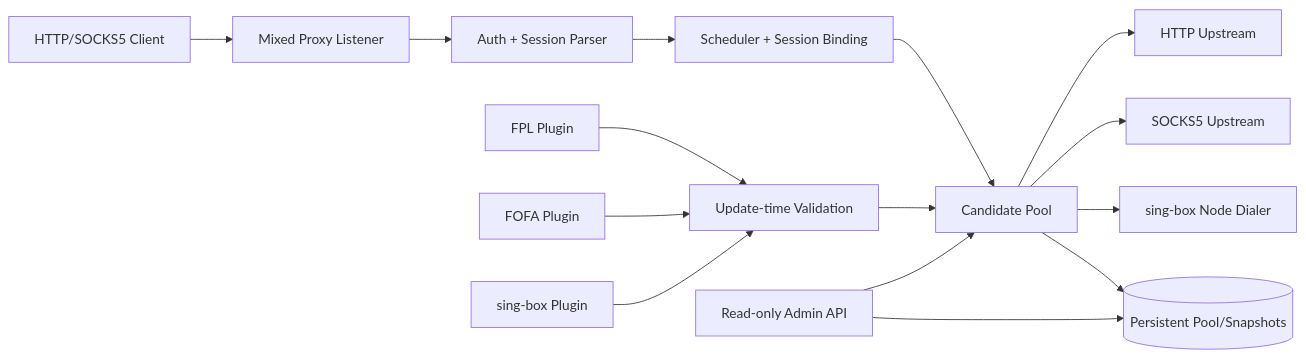
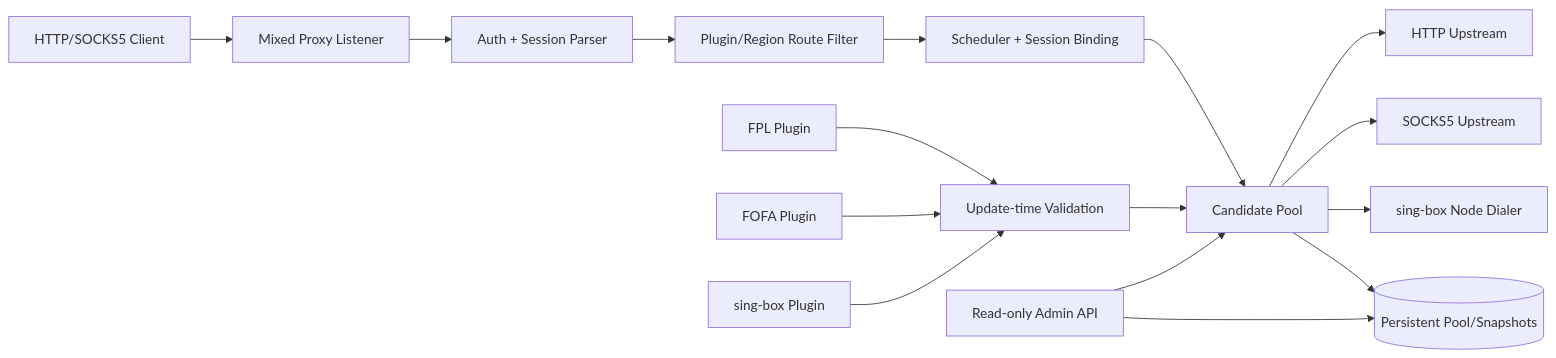
Before and after one commit to fengyuanluo/aioproxy: the first of 7 diagrams in docs/topology.md, drawn with Mermaid. The commit also changed other lines of this file and 3 other files, not shown here.

````diff
--- a/docs/topology.md
+++ b/docs/topology.md
@@ -5,17 +5,18 @@
 ```mermaid
 flowchart LR
   Client[HTTP/SOCKS5 Client] --> Mixed[Mixed Proxy Listener]
   Mixed --> Auth[Auth + Session Parser]
-  Auth --> Scheduler[Scheduler + Session Binding]
+  Auth --> Route[Plugin/Region Route Filter]
+  Route --> Scheduler[Scheduler + Session Binding]
   Scheduler --> Pool[Candidate Pool]
   Pool --> HTTP[HTTP Upstream]
   Pool --> SOCKS[SOCKS5 Upstream]
   Pool --> SB[sing-box Node Dialer]
   FPL[FPL Plugin] --> Validate[Update-time Validation]
   FOFA[FOFA Plugin] --> Validate
   SING[sing-box Plugin] --> Validate
   Validate --> Pool
   Pool --> Store[(Persistent Pool/Snapshots)]
   Admin[Read-only Admin API] --> Pool
   Admin --> Store
 ```
````
